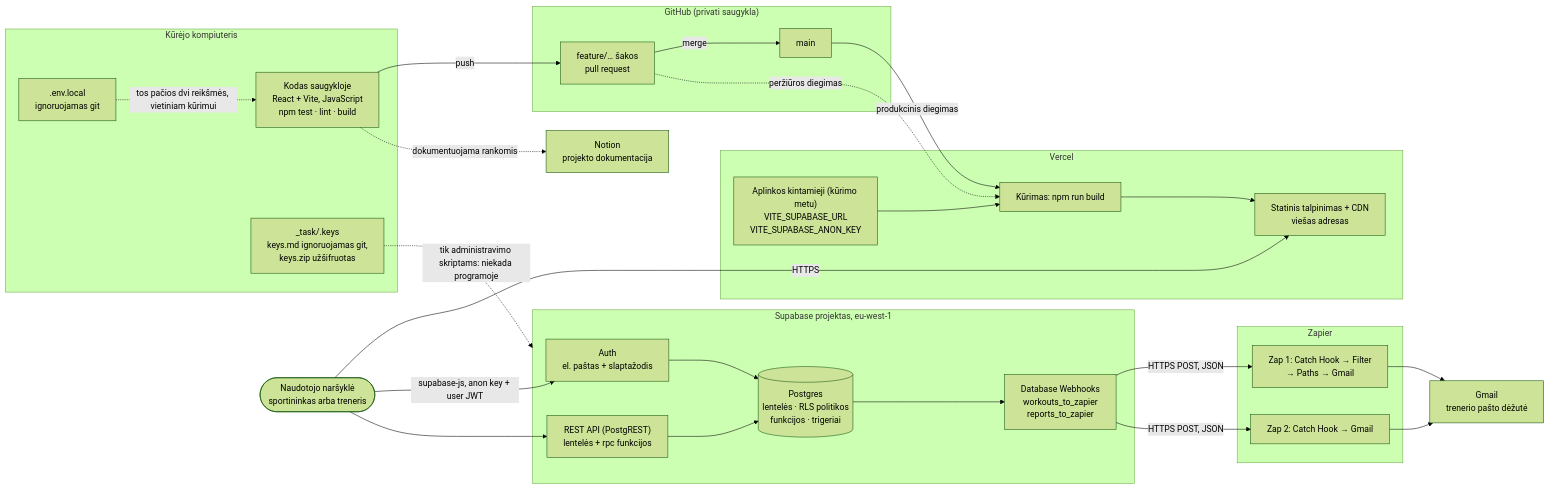
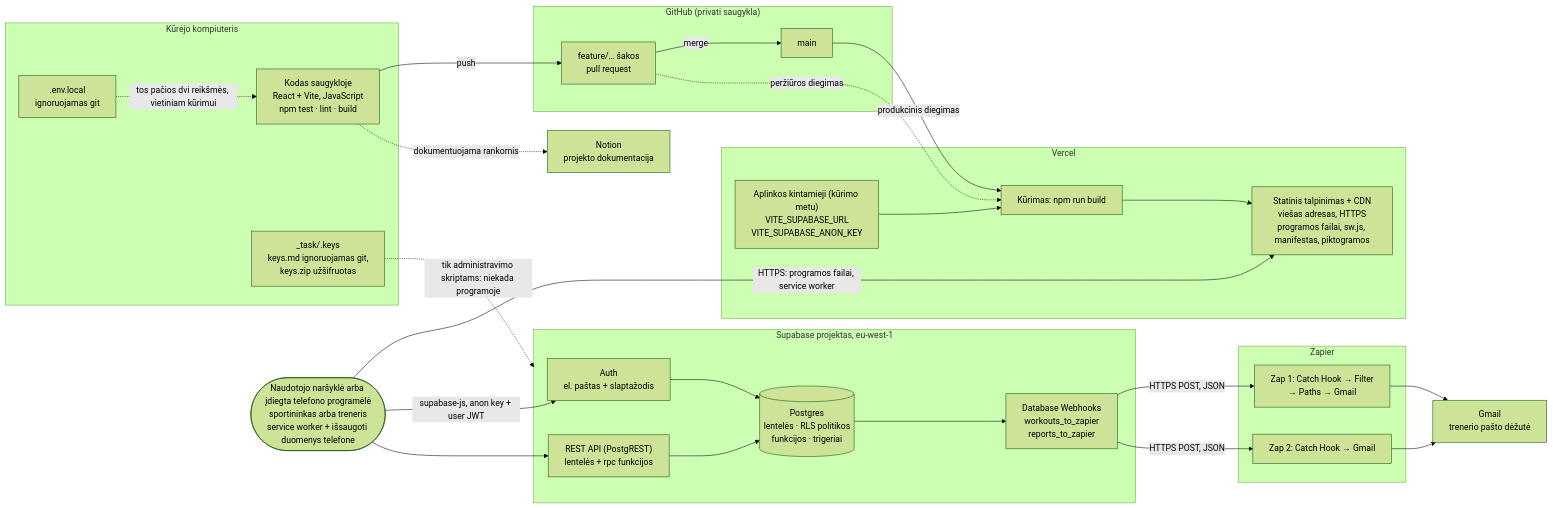
The second of 4 diagrams in docs/lt/architecture.md (mse1987319-png/workout-log), drawn with Mermaid (forest theme) before and after one commit. The commit also changed other lines of this file and 1 other file, not shown here.

First line of the commit message:
Add the mobile architecture (PWA) diagram and the phone pieces to the architecture docs

````diff
--- a/docs/lt/architecture.md
+++ b/docs/lt/architecture.md
@@ -115,56 +115,56 @@
 ```mermaid
 flowchart LR
   subgraph DEV["Kūrėjo kompiuteris"]
     CODE["Kodas saugykloje<br/>React + Vite, JavaScript<br/>npm test · lint · build"]
     ENV[".env.local<br/>ignoruojamas git"]
     KEYS["_task/.keys<br/>keys.md ignoruojamas git,<br/>keys.zip užšifruotas"]
   end
 
   subgraph GH["GitHub (privati saugykla)"]
     PR["feature/… šakos<br/>pull request"]
     MAIN["main"]
   end
 
   subgraph VERCEL["Vercel"]
     BUILD["Kūrimas: npm run build"]
-    CDN["Statinis talpinimas + CDN<br/>viešas adresas"]
+    CDN["Statinis talpinimas + CDN<br/>viešas adresas, HTTPS<br/>programos failai, sw.js, manifestas, piktogramos"]
     VENV["Aplinkos kintamieji (kūrimo metu)<br/>VITE_SUPABASE_URL<br/>VITE_SUPABASE_ANON_KEY"]
   end
 
-  USER(["Naudotojo naršyklė<br/>sportininkas arba treneris"])
+  USER(["Naudotojo naršyklė arba įdiegta telefono programėlė<br/>sportininkas arba treneris<br/>service worker + išsaugoti duomenys telefone"])
 
   subgraph SB["Supabase projektas, eu-west-1"]
     AUTH["Auth<br/>el. paštas + slaptažodis"]
     API["REST API (PostgREST)<br/>lentelės + rpc funkcijos"]
     DB[("Postgres<br/>lentelės · RLS politikos<br/>funkcijos · trigeriai")]
     HOOKS["Database Webhooks<br/>workouts_to_zapier<br/>reports_to_zapier"]
   end
 
   subgraph ZP["Zapier"]
     Z1["Zap 1: Catch Hook → Filter<br/>→ Paths → Gmail"]
     Z2["Zap 2: Catch Hook → Gmail"]
   end
 
   GMAIL["Gmail<br/>trenerio pašto dėžutė"]
   NOTION["Notion<br/>projekto dokumentacija"]
 
   CODE -->|push| PR
   PR -->|"merge"| MAIN
   PR -.->|"peržiūros diegimas"| BUILD
   MAIN -->|"produkcinis diegimas"| BUILD
   VENV --> BUILD
   BUILD --> CDN
-  USER -->|HTTPS| CDN
+  USER -->|"HTTPS: programos failai, service worker"| CDN
   USER -->|"supabase-js, anon key + user JWT"| AUTH
   USER --> API
   API --> DB
   AUTH --> DB
   DB --> HOOKS
   HOOKS -->|"HTTPS POST, JSON"| Z1
   HOOKS -->|"HTTPS POST, JSON"| Z2
   Z1 --> GMAIL
   Z2 --> GMAIL
   ENV -.->|"tos pačios dvi reikšmės, vietiniam kūrimui"| CODE
   KEYS -.->|"tik administravimo skriptams: niekada programoje"| SB
   CODE -.->|"dokumentuojama rankomis"| NOTION
 ```
````
